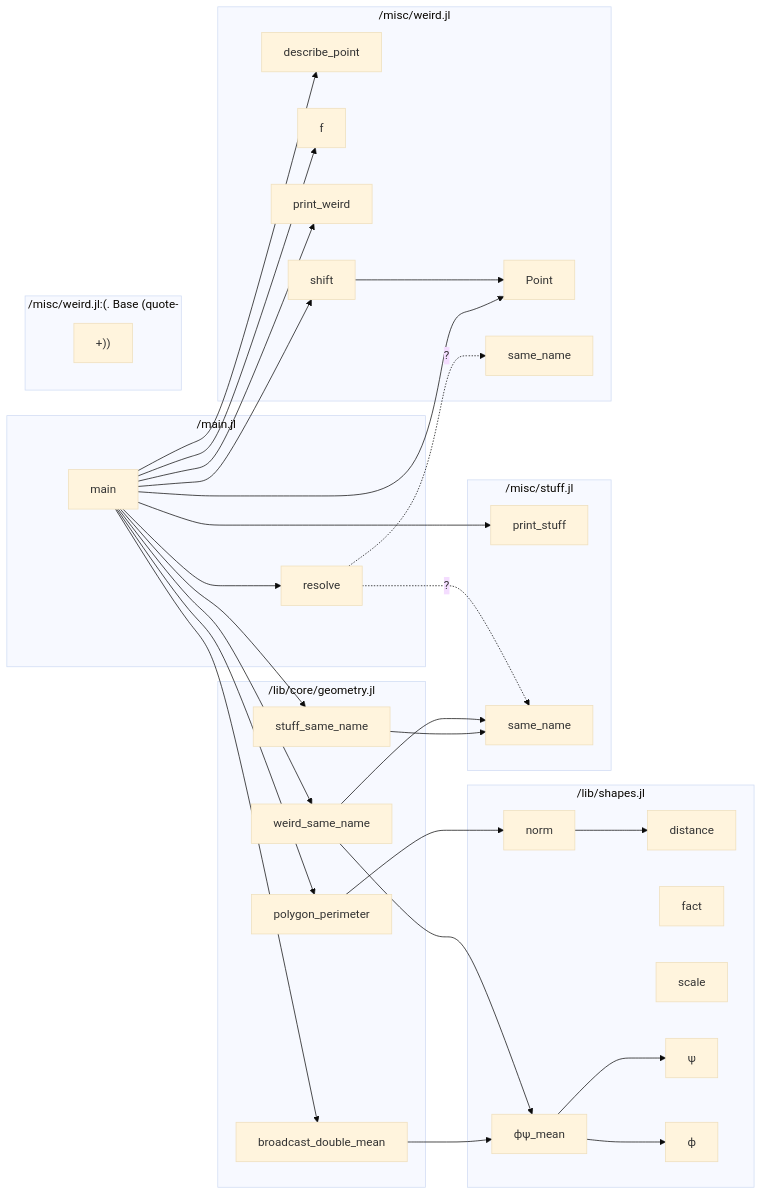
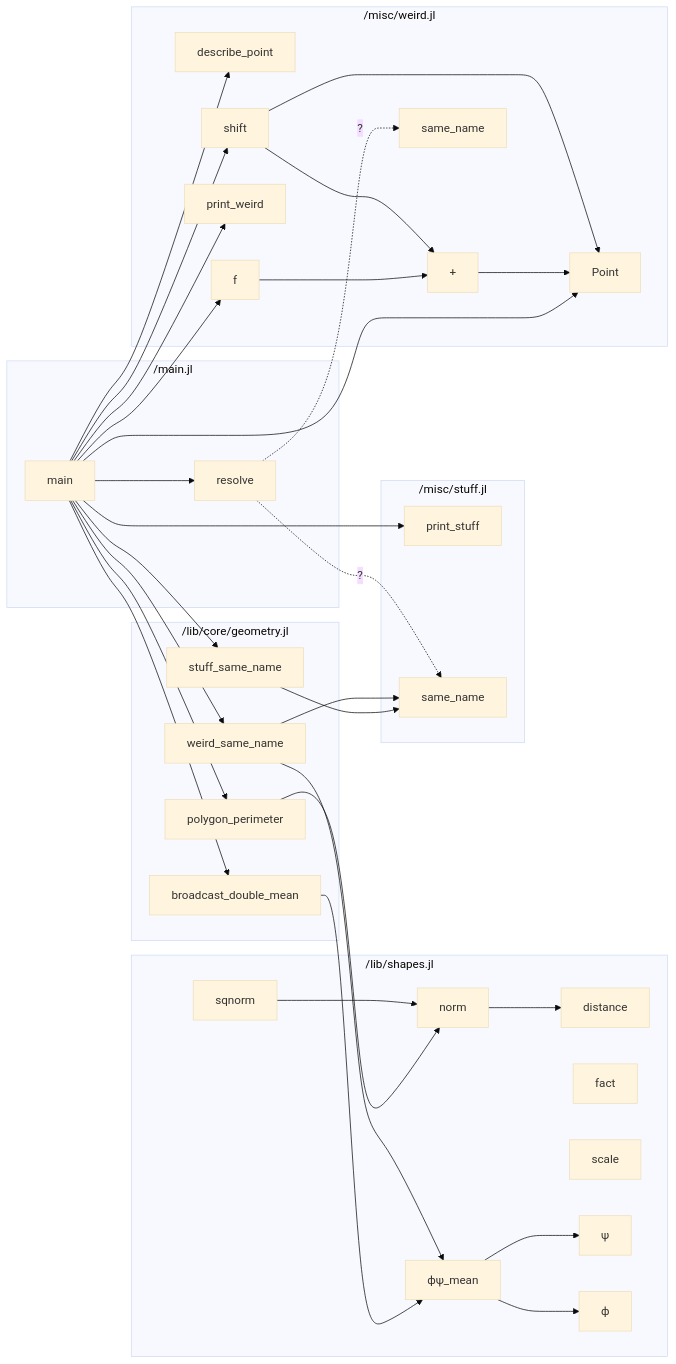
Before and after one commit to t-garin/MermaidCallGraph.jl: the diagram in test/expected_test_repo.md, drawn with Mermaid (base theme). The commit also changed 2 other files, not shown here.

Commit message:
fix single-call bodies and operator names, regen kgo

````diff
--- a/test/expected_test_repo.md
+++ b/test/expected_test_repo.md
@@ -1,59 +1,62 @@
 ```mermaid
 flowchart LR
     subgraph "/lib/core/geometry.jl"
         _lib_core_geometry_jl_broadcast_double_mean["broadcast_double_mean"]
         _lib_core_geometry_jl_polygon_perimeter["polygon_perimeter"]
         _lib_core_geometry_jl_stuff_same_name["stuff_same_name"]
         _lib_core_geometry_jl_weird_same_name["weird_same_name"]
     end
     subgraph "/lib/shapes.jl"
         _lib_shapes_jl_distance["distance"]
         _lib_shapes_jl_fact["fact"]
         _lib_shapes_jl_norm["norm"]
         _lib_shapes_jl_scale["scale"]
+        _lib_shapes_jl_sqnorm["sqnorm"]
         _lib_shapes_jl_u3c8["ψ"]
         _lib_shapes_jl_u3d5["ϕ"]
         _lib_shapes_jl_u3d5u3c8_mean["ϕψ_mean"]
     end
     subgraph "/main.jl"
         _main_jl_main["main"]
         _main_jl_resolve["resolve"]
     end
     subgraph "/misc/stuff.jl"
         _misc_stuff_jl_print_stuff["print_stuff"]
         _misc_stuff_jl_same_name["same_name"]
     end
     subgraph "/misc/weird.jl"
+        _misc_weird_jl__["+"]
         _misc_weird_jl_Point["Point"]
         _misc_weird_jl_describe_point["describe_point"]
         _misc_weird_jl_f["f"]
         _misc_weird_jl_print_weird["print_weird"]
         _misc_weird_jl_same_name["same_name"]
         _misc_weird_jl_shift["shift"]
     end
-    subgraph "/misc/weird.jl:(. Base (quote-"
-        _misc_weird_jl____Base__quote______[" +))"]
-    end
     _lib_core_geometry_jl_broadcast_double_mean --> _lib_shapes_jl_u3d5u3c8_mean
     _lib_core_geometry_jl_polygon_perimeter --> _lib_shapes_jl_norm
     _lib_core_geometry_jl_stuff_same_name --> _misc_stuff_jl_same_name
     _lib_core_geometry_jl_weird_same_name --> _lib_shapes_jl_u3d5u3c8_mean
     _lib_core_geometry_jl_weird_same_name --> _misc_stuff_jl_same_name
     _lib_shapes_jl_norm --> _lib_shapes_jl_distance
+    _lib_shapes_jl_sqnorm --> _lib_shapes_jl_norm
     _lib_shapes_jl_u3d5u3c8_mean --> _lib_shapes_jl_u3c8
     _lib_shapes_jl_u3d5u3c8_mean --> _lib_shapes_jl_u3d5
     _main_jl_main --> _lib_core_geometry_jl_broadcast_double_mean
     _main_jl_main --> _lib_core_geometry_jl_polygon_perimeter
     _main_jl_main --> _lib_core_geometry_jl_stuff_same_name
     _main_jl_main --> _lib_core_geometry_jl_weird_same_name
     _main_jl_main --> _main_jl_resolve
     _main_jl_main --> _misc_stuff_jl_print_stuff
     _main_jl_main --> _misc_weird_jl_Point
     _main_jl_main --> _misc_weird_jl_describe_point
     _main_jl_main --> _misc_weird_jl_f
     _main_jl_main --> _misc_weird_jl_print_weird
     _main_jl_main --> _misc_weird_jl_shift
     _main_jl_resolve -. ? .-> _misc_stuff_jl_same_name
     _main_jl_resolve -. ? .-> _misc_weird_jl_same_name
+    _misc_weird_jl__ --> _misc_weird_jl_Point
+    _misc_weird_jl_f --> _misc_weird_jl__
+    _misc_weird_jl_shift --> _misc_weird_jl__
     _misc_weird_jl_shift --> _misc_weird_jl_Point
 ```
````
